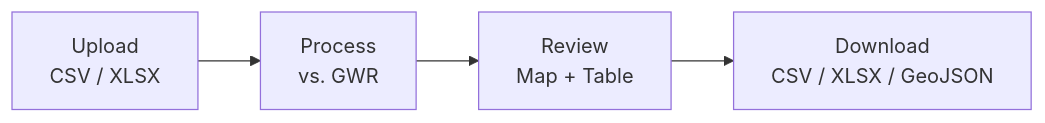
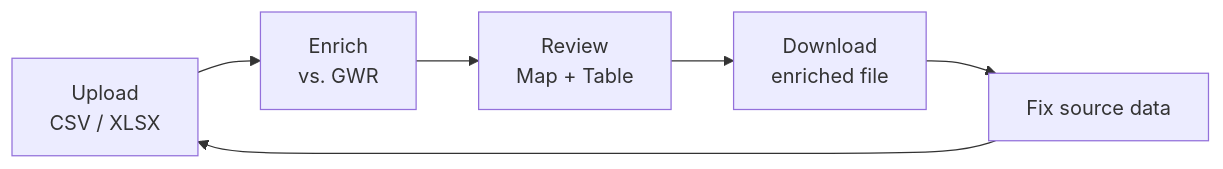
The first of 3 diagrams in docs/SPECIFICATION.md (bbl-dres/geo-check), drawn with Mermaid before and after one commit. The commit also changed other lines of this file and 4 other files, not shown here.

````diff
--- a/docs/SPECIFICATION.md
+++ b/docs/SPECIFICATION.md
@@ -20,6 +20,8 @@
 ```mermaid
 graph LR
-    A["Upload<br/>CSV / XLSX"] --> B["Process<br/>vs. GWR"]
+    A["Upload<br/>CSV / XLSX"] --> B["Enrich<br/>vs. GWR"]
     B --> C["Review<br/>Map + Table"]
-    C --> D["Download<br/>CSV / XLSX / GeoJSON"]
+    C --> D["Download<br/>enriched file"]
+    D --> E["Fix source data"]
+    E --> A
 ```
````
